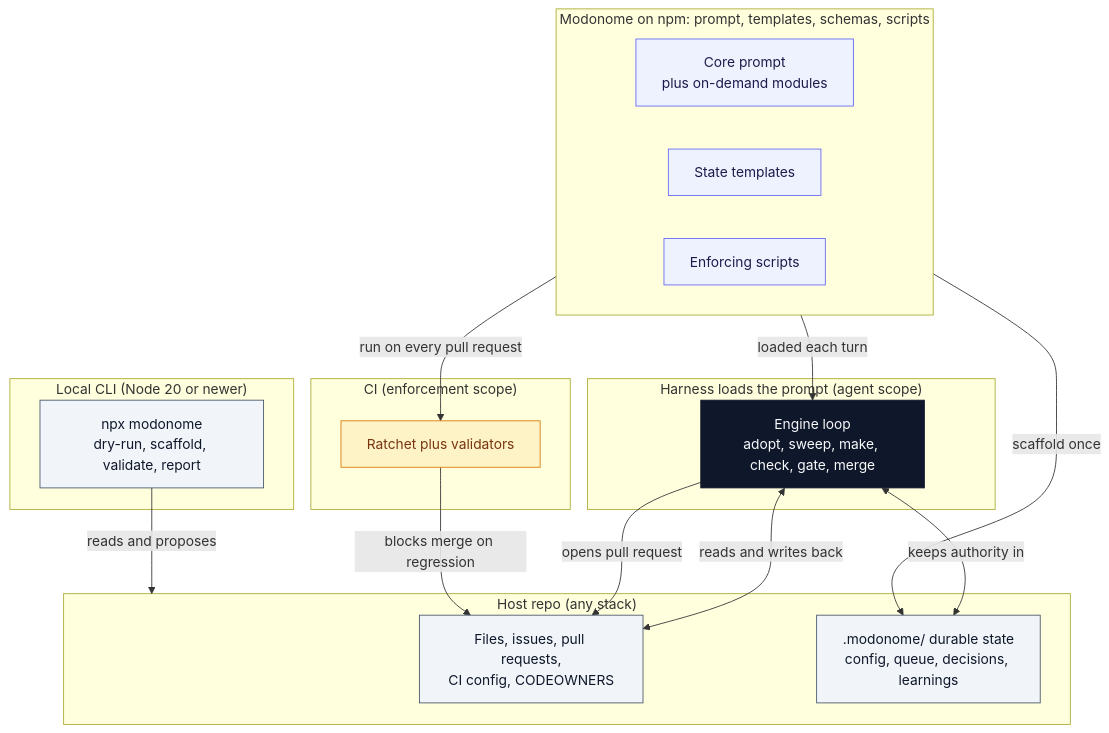
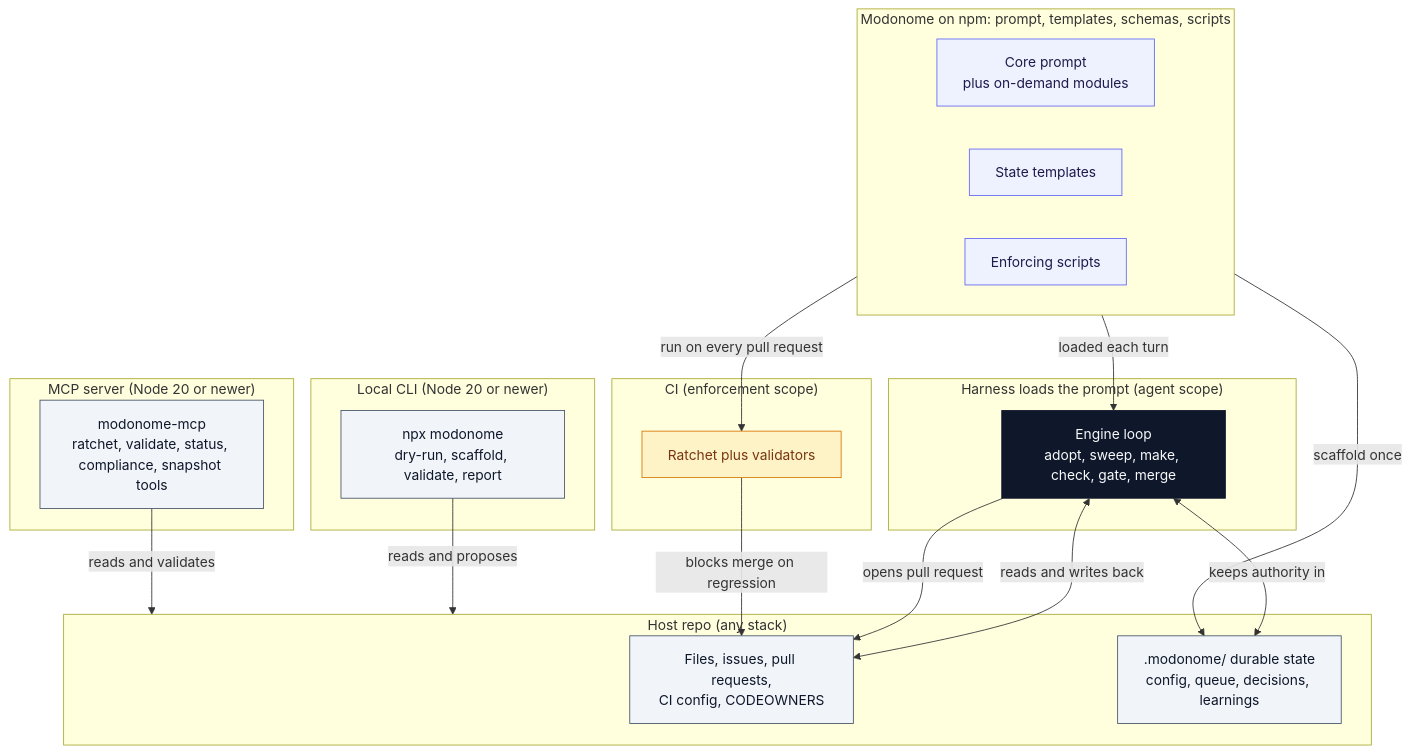
The first of 6 diagrams in ARCHITECTURE.md (enumind/modonome), drawn with Mermaid before and after one commit. The commit also changed other lines of this file and 36 other files, not shown here.

````diff
--- a/ARCHITECTURE.md
+++ b/ARCHITECTURE.md
@@ -27,45 +28,50 @@
 ```mermaid
 flowchart TB
   classDef dist fill:#eef2ff,stroke:#6366f1,color:#1e1b4b;
   classDef agent fill:#0f172a,stroke:#0f172a,color:#f8fafc;
   classDef ci fill:#fef3c7,stroke:#d97706,color:#78350f;
   classDef host fill:#f1f5f9,stroke:#475569,color:#0f172a;
 
   subgraph DIST["Modonome on npm: prompt, templates, schemas, scripts"]
     direction LR
     P["Core prompt<br/>plus on-demand modules"]
     T["State templates"]
     S["Enforcing scripts"]
   end
 
   subgraph LOCAL["Local CLI (Node 20 or newer)"]
     CLI["npx modonome<br/>dry-run, scaffold, validate, report"]
+  end
+
+  subgraph MCPSCOPE["MCP server (Node 20 or newer)"]
+    MCP["modonome-mcp<br/>ratchet, validate, status, compliance, snapshot tools"]
   end
 
   subgraph AGENT["Harness loads the prompt (agent scope)"]
     LOOP["Engine loop<br/>adopt, sweep, make, check, gate, merge"]
   end
 
   subgraph HOST["Host repo (any stack)"]
     SURF["Files, issues, pull requests,<br/>CI config, CODEOWNERS"]
     STATE[".modonome/ durable state<br/>config, queue, decisions, learnings"]
   end
 
   subgraph CISCOPE["CI (enforcement scope)"]
     RAT["Ratchet plus validators"]
   end
 
   P -->|loaded each turn| LOOP
   T -->|scaffold once| STATE
   S -->|run on every pull request| RAT
   CLI -->|reads and proposes| HOST
+  MCP -->|reads and validates| HOST
   LOOP <-->|reads and writes back| SURF
   LOOP <-->|keeps authority in| STATE
   LOOP -->|opens pull request| SURF
   RAT -->|blocks merge on regression| SURF
 
   class P,T,S dist
   class LOOP agent
   class RAT ci
-  class SURF,STATE,CLI host
+  class SURF,STATE,CLI,MCP host
 ```
````
